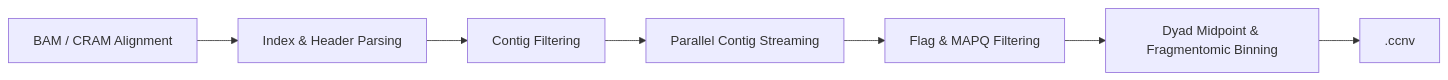
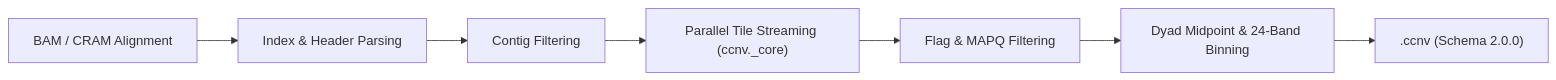
Before and after one commit to matthdsm/ccnv: the first of 3 diagrams in docs/cli.md, drawn with Mermaid. The commit also changed other lines of this file and 123 other files, not shown here.

First line of the commit message:
feat: upgrade ccnv to Schema v2.0.0 with Rust I/O core and redesigned statistical/prenatal pipeline (#24)

````diff
--- a/docs/cli.md
+++ b/docs/cli.md
@@ -32,9 +32,9 @@
 ```mermaid
 flowchart LR
     A["BAM / CRAM Alignment"] --> B["Index & Header Parsing"]
     B --> C["Contig Filtering"]
-    C --> D["Parallel Contig Streaming"]
+    C --> D["Parallel Tile Streaming (ccnv._core)"]
     D --> E["Flag & MAPQ Filtering"]
-    E --> F["Dyad Midpoint & Fragmentomic Binning"]
-    F --> G["<prefix>.ccnv"]
+    E --> F["Dyad Midpoint & 24-Band Binning"]
+    F --> G["<prefix>.ccnv (Schema 2.0.0)"]
 ```
````
